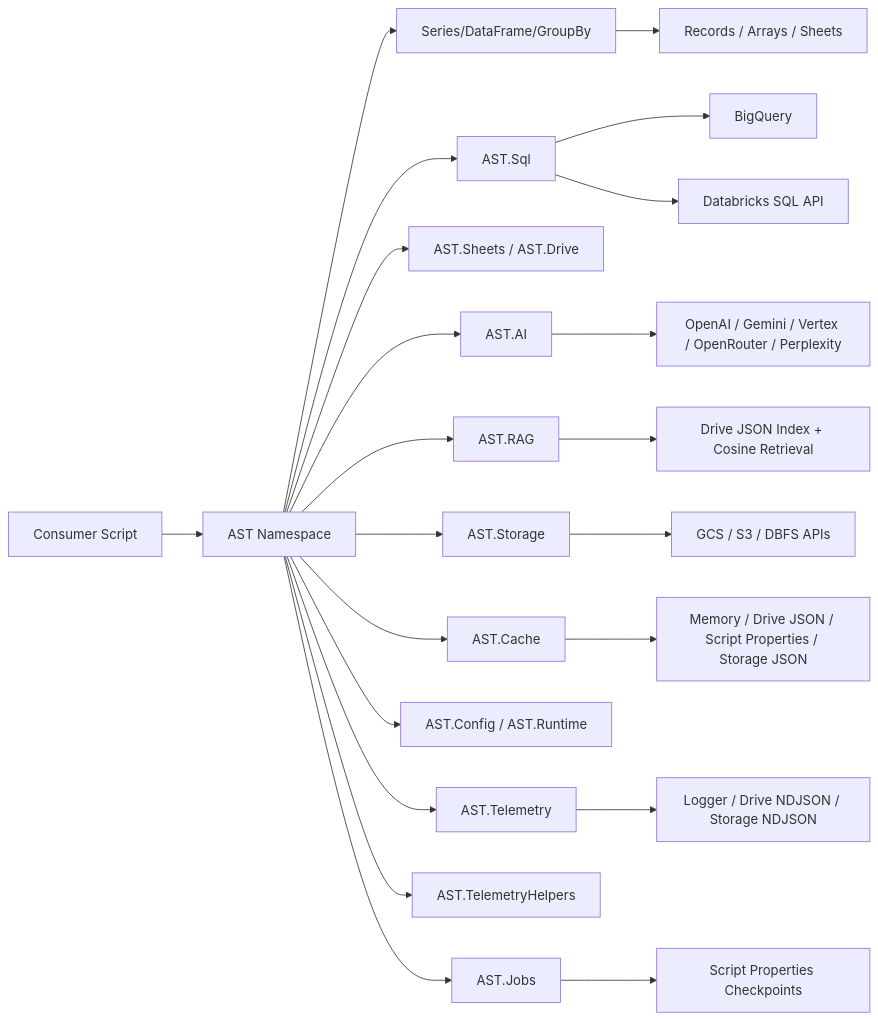
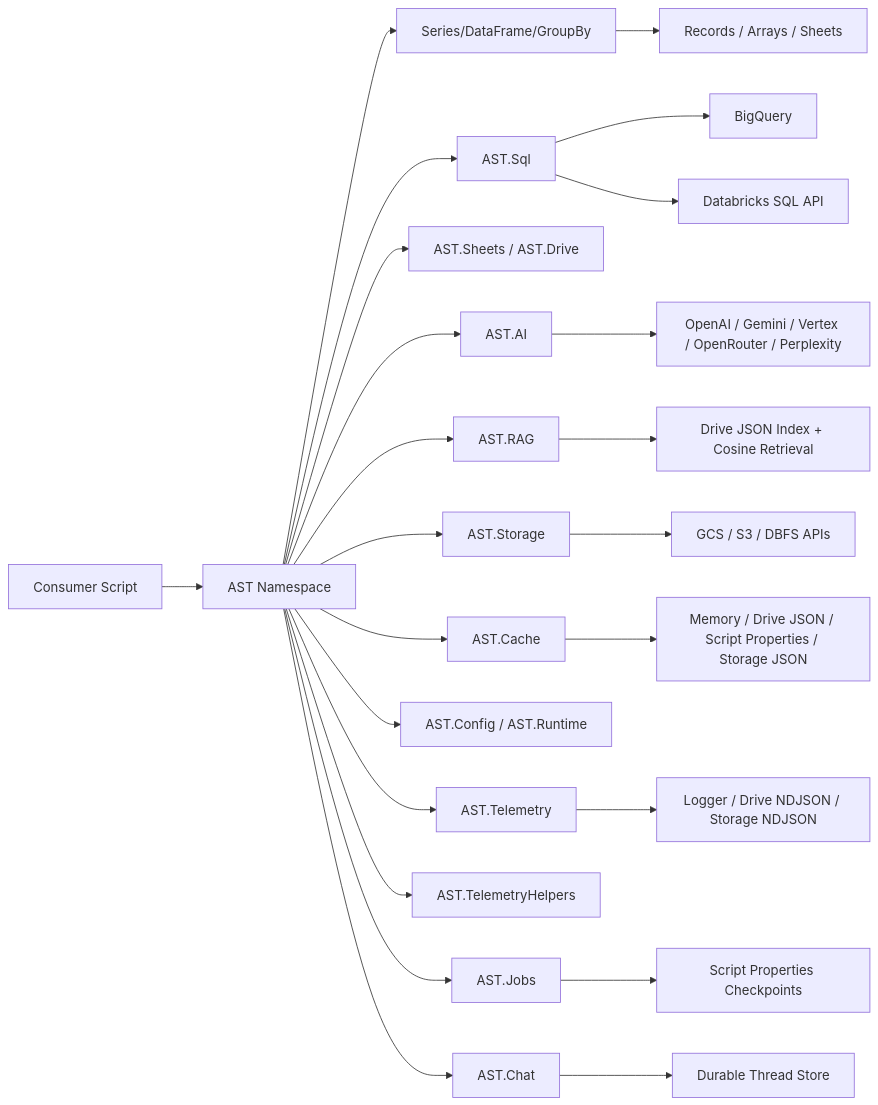
Before and after one commit to joe-broadhead/apps-script-tools: the diagram in docs/index.md, drawn with Mermaid. The commit also changed other lines of this file and 4 other files, not shown here.

````diff
--- a/docs/index.md
+++ b/docs/index.md
@@ -34,24 +35,26 @@
 ```mermaid
 flowchart LR
     A[Consumer Script] --> B[AST Namespace]
     B --> C[Series/DataFrame/GroupBy]
     B --> D[AST.Sql]
     B --> E[AST.Sheets / AST.Drive]
     B --> I[AST.AI]
     B --> K[AST.RAG]
     B --> M[AST.Storage]
     B --> Q[AST.Cache]
     B --> S[AST.Config / AST.Runtime]
     B --> O[AST.Telemetry]
     B --> V[AST.TelemetryHelpers]
     B --> T[AST.Jobs]
+    B --> W[AST.Chat]
     D --> F[BigQuery]
     D --> G[Databricks SQL API]
     I --> J[OpenAI / Gemini / Vertex / OpenRouter / Perplexity]
     K --> L[Drive JSON Index + Cosine Retrieval]
     M --> N[GCS / S3 / DBFS APIs]
     Q --> R["Memory / Drive JSON / Script Properties / Storage JSON"]
     O --> P[Logger / Drive NDJSON / Storage NDJSON]
     T --> U["Script Properties Checkpoints"]
+    W --> X["Durable Thread Store"]
     C --> H[Records / Arrays / Sheets]
 ```
````
